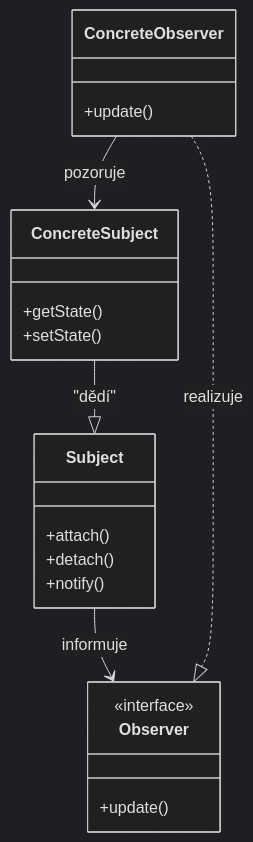
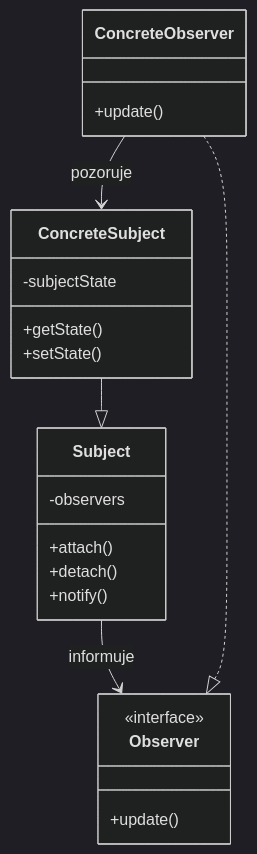
One commit to Veselyy/VUT-school changed the fourth of 4 diagrams in IPP/otazky.md. Above: the diagram before and after it, drawn with Mermaid (dark theme). The commit also changed other lines of this file and 9 other files, not shown here.

First line of the commit message:
Enhance UML diagrams and Mermaid integration in documentation

````diff
--- a/IPP/otazky.md
+++ b/IPP/otazky.md
@@ -112,19 +151,31 @@
 ```mermaid
+---
+config:
+  class:
+    hideEmptyMembersBox: true
+---
 classDiagram
-    class Subject
-    class Observer
-    class ConcreteSubject
-    class ConcreteObserver
-    <<interface>> Observer
-    Subject : +attach()
-    Subject : +detach()
-    Subject : +notify()
-    Observer : +update()
-    ConcreteSubject : +getState()
-    ConcreteSubject : +setState()
-    ConcreteObserver : +update()
     Subject --> Observer : informuje
-    ConcreteSubject --|> Subject : "dědí"
-    ConcreteObserver ..|> Observer : realizuje
+    ConcreteSubject --|> Subject
+    ConcreteObserver ..|> Observer
     ConcreteObserver --> ConcreteSubject : pozoruje
+
+    class Observer {
+        <<interface>>
+        +update()
+    }
+    class Subject {
+        -observers
+        +attach()
+        +detach()
+        +notify()
+    }
+    class ConcreteSubject {
+        -subjectState
+        +getState()
+        +setState()
+    }
+    class ConcreteObserver {
+        +update()
+    }
 ```
````
